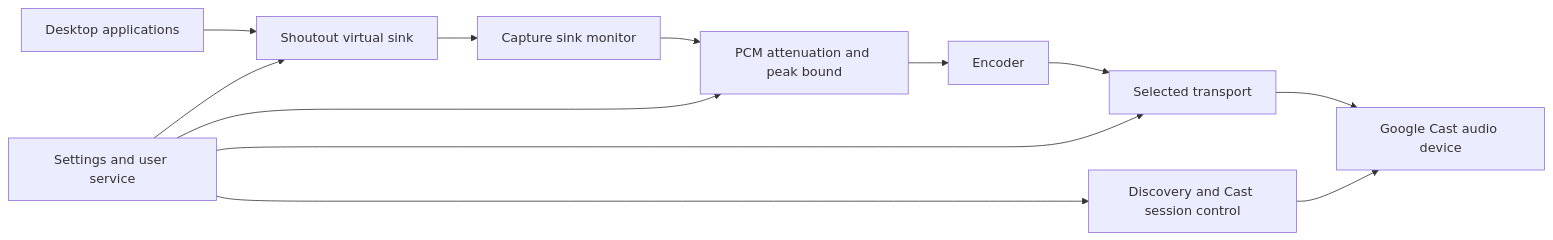
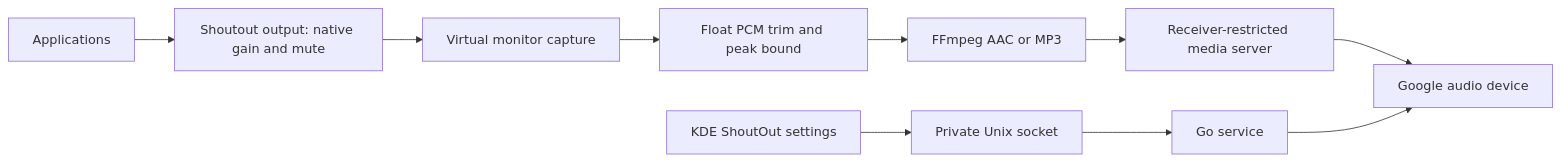
The diagram in docs/PLAN.md (MADS0LADEN/omashoutout), drawn with Mermaid before and after one commit. The commit also changed other lines of this file and 24 other files, not shown here.

Commit message:
Add native KDE settings and AAC live audio delivery

````diff
--- a/docs/PLAN.md
+++ b/docs/PLAN.md
@@ -44,14 +7,12 @@
 ```mermaid
 flowchart LR
-    A[Desktop applications] --> B[Shoutout virtual sink]
-    B --> C[Capture sink monitor]
-    C --> D[PCM attenuation and peak bound]
-    D --> E[Encoder]
-    E --> F[Selected transport]
-    F --> G[Google Cast audio device]
-    H[Settings and user service] --> B
-    H --> D
-    H --> F
-    H --> I[Discovery and Cast session control]
-    I --> G
+    Applications --> Sink[Shoutout output: native gain and mute]
+    Sink --> Capture[Virtual monitor capture]
+    Capture --> PCM[Float PCM trim and peak bound]
+    PCM --> Encoder[FFmpeg AAC or MP3]
+    Encoder --> HTTP[Receiver-restricted media server]
+    HTTP --> Receiver[Google audio device]
+    Settings[KDE ShoutOut settings] --> IPC[Private Unix socket]
+    IPC --> Service[Go service]
+    Service --> Receiver
 ```
````
